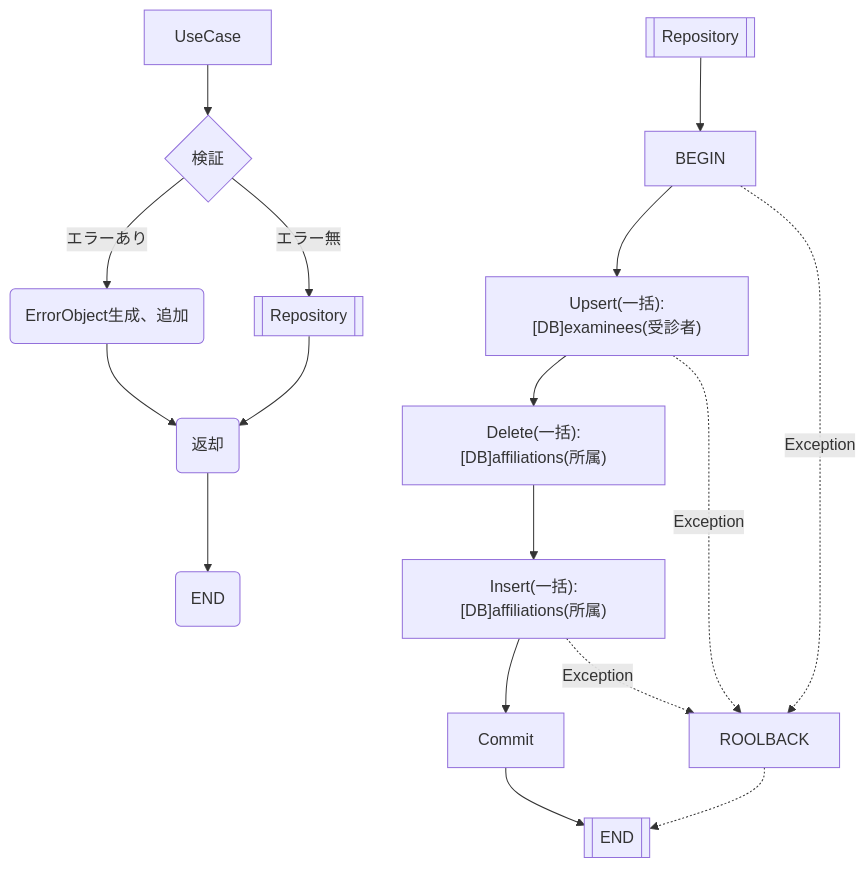
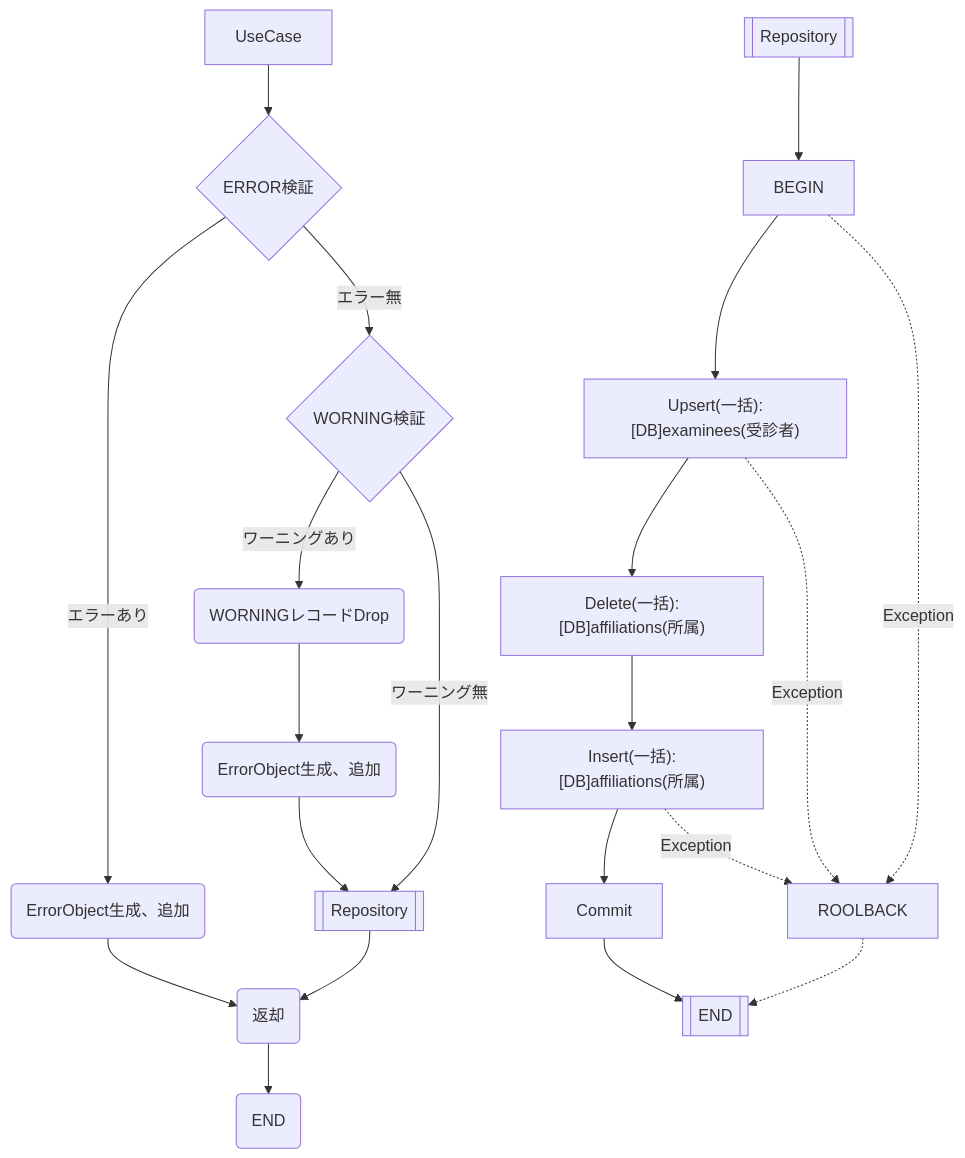
One commit to MrWangpeilin945/FlutterIOS changed the diagram in Documents/外部IF設計書/src/docs/インターフェース/EC2001_受診者を登録する.adoc. Above: the diagram before and after it, drawn with Mermaid. The commit also changed other lines of this file, not shown here.

Commit message:
共通レイアウトの追加

```diff
--- a/Documents/外部IF設計書/src/docs/インターフェース/EC2001_受診者を登録する.adoc
+++ b/Documents/外部IF設計書/src/docs/インターフェース/EC2001_受診者を登録する.adoc
@@ -10,21 +10,25 @@
 [mermaid]
 ----
 flowchart TD
-    A[UseCase] --> B{検証}
-    B -- エラーあり --> C(ErrorObject生成、追加)
-    B -- エラー無 --> D[[Repository]]
+    A[UseCase] --> ERROR{ERROR検証}
+    ERROR -- エラーあり --> C(ErrorObject生成、追加)
+    ERROR -- エラー無 --> WORNING{WORNING検証}    
+    WORNING -- ワーニングあり --> DROP(WORNINGレコードDrop)
+    DROP(WORNINGレコードDrop) --> DROP_REC(ErrorObject生成、追加)
+    DROP_REC --> D[[Repository]]
+    WORNING -- ワーニング無 --> D
     C --> E(返却)
     D --> E
     E --> UseCaseEND(END)
 
     F[[Repository]] --> G[BEGIN]
     G --> H["Upsert(一括):[DB]examinees(受診者)"]
     H --> I["Delete(一括):[DB]affiliations(所属)"]
     I --> J["Insert(一括):[DB]affiliations(所属)"]
     J --> K[Commit]
     H -.Exception.-> ROOLBACK[ROOLBACK]
     G -.Exception.-> ROOLBACK
     J -.Exception.-> ROOLBACK
     K --> RepositoryEND[[END]]
     ROOLBACK .-> RepositoryEND
 ----
```
